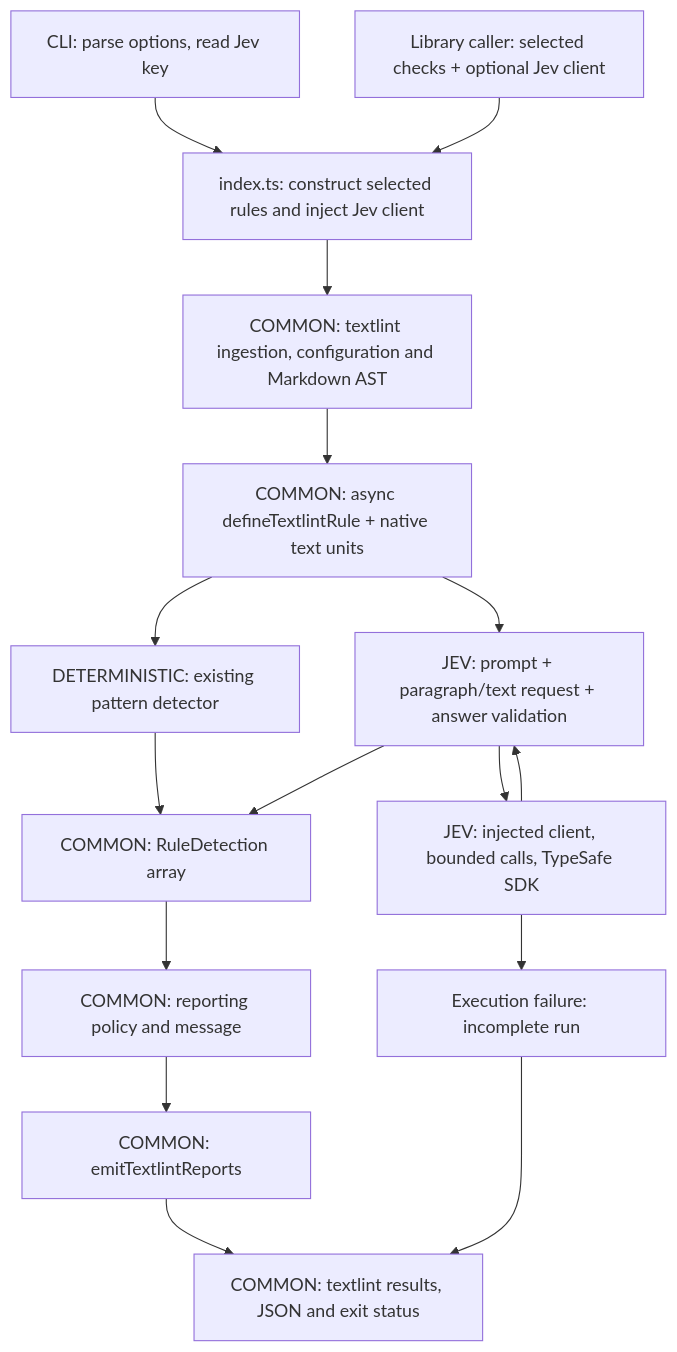
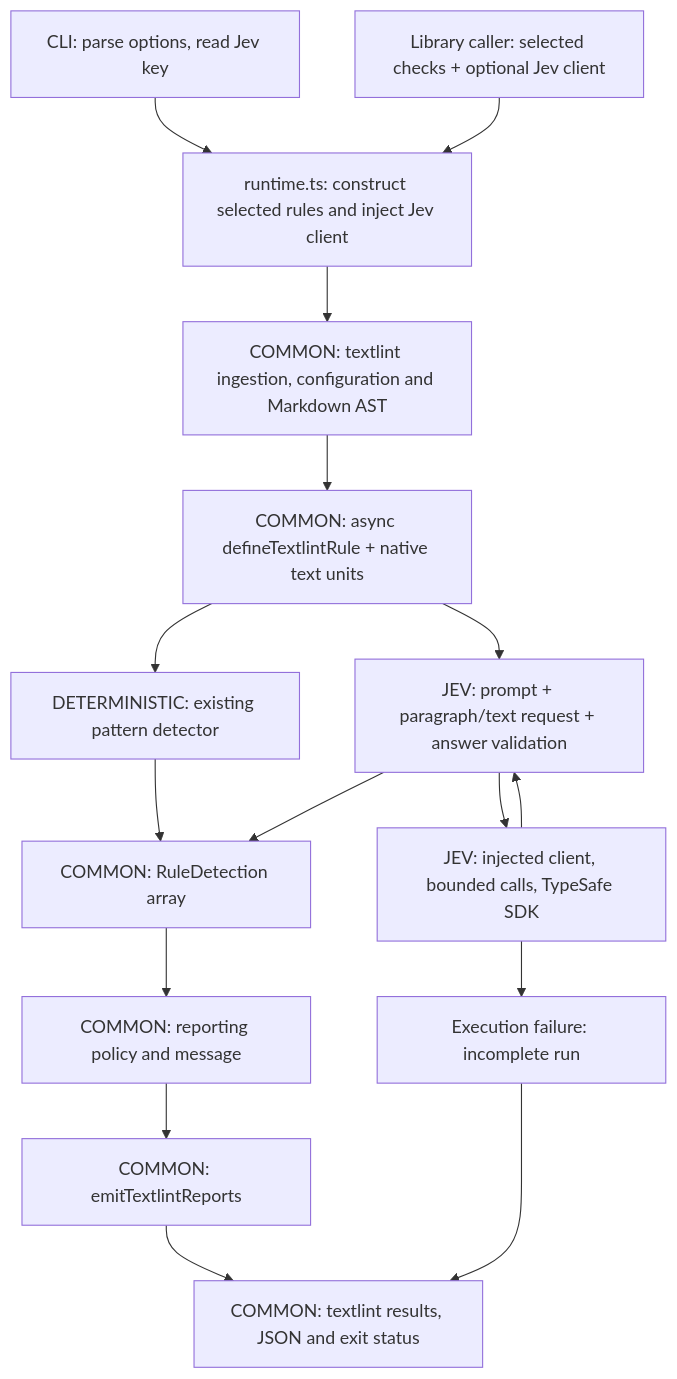
One commit to berelevant-ai/slopless changed the third of 4 diagrams in .plans/2026-10-26-120706-v2-module-interfaces.md. Above: the diagram before and after it, drawn with Mermaid. The commit also changed other lines of this file and 47 other files, not shown here.

Commit message:
Build shared textlint runtime for explicit Jev checks

````diff
--- a/.plans/2026-10-26-120706-v2-module-interfaces.md
+++ b/.plans/2026-10-26-120706-v2-module-interfaces.md
@@ -41,18 +41,18 @@
 ```mermaid
 flowchart TD
-    CLI["CLI: parse options, read Jev key"] --> ROOT["index.ts: construct selected rules and inject Jev client"]
+    CLI["CLI: parse options, read Jev key"] --> ROOT["runtime.ts: construct selected rules and inject Jev client"]
     LIB["Library caller: selected checks + optional Jev client"] --> ROOT
     ROOT --> TL["COMMON: textlint ingestion, configuration and Markdown AST"]
     TL --> ADAPTER["COMMON: async defineTextlintRule + native text units"]
     ADAPTER --> DET["DETERMINISTIC: existing pattern detector"]
     ADAPTER --> JEV["JEV: prompt + paragraph/text request + answer validation"]
     JEV --> CLIENT["JEV: injected client, bounded calls, TypeSafe SDK"]
     CLIENT --> JEV
     DET --> HITS["COMMON: RuleDetection array"]
     JEV --> HITS
     HITS --> POLICY["COMMON: reporting policy and message"]
     POLICY --> REPORT["COMMON: emitTextlintReports"]
     REPORT --> OUT["COMMON: textlint results, JSON and exit status"]
     CLIENT --> FAIL["Execution failure: incomplete run"]
     FAIL --> OUT
 ```
````
